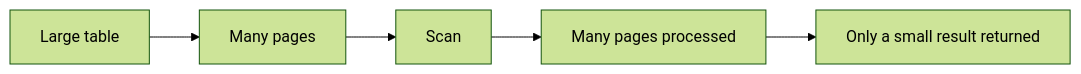
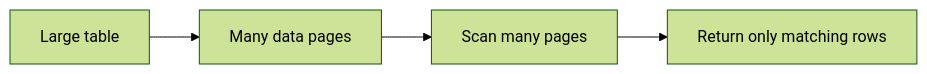
One commit to tjovic/database-design-labs-public changed the tenth of 11 diagrams in labs/lab05-physical-storage.md. Above: the diagram before and after it, drawn with Mermaid (forest theme). The commit also changed other lines of this file, not shown here.

````diff
--- a/labs/lab05-physical-storage.md
+++ b/labs/lab05-physical-storage.md
@@ -759,7 +644,6 @@
 ```mermaid
 flowchart LR
-    A[Large table] --> B[Many pages]
-    B --> C[Scan]
-    C --> D[Many pages processed]
-    D --> E[Only a small result returned]
+    A[Large table] --> B[Many data pages]
+    B --> C[Scan many pages]
+    C --> D[Return only matching rows]
 ```
````
